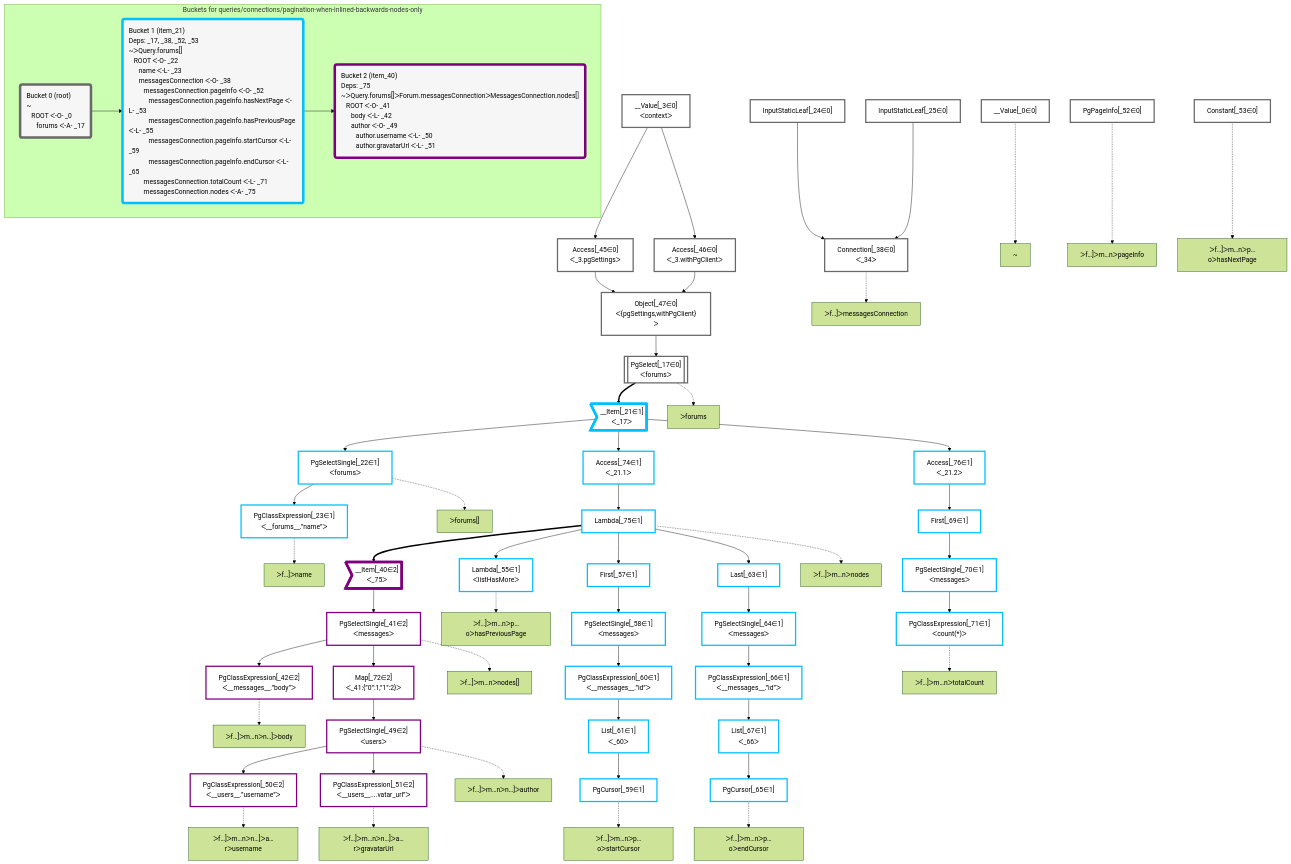
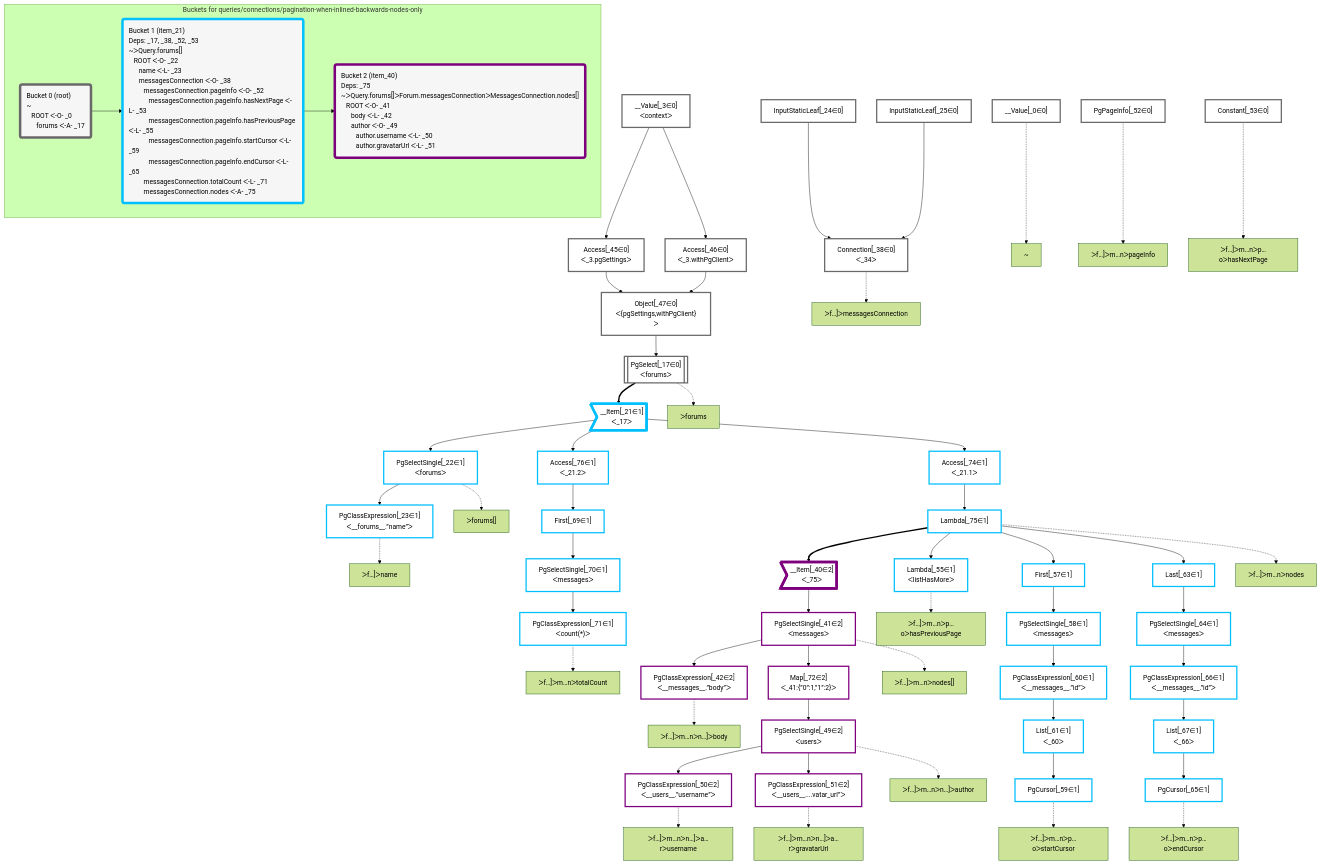
The diagram in packages/dataplan-pg/__tests__/queries/connections/pagination-when-inlined-backwards-nodes-only.mermaid.md (graphile/crystal), drawn with Mermaid (forest theme) before and after one commit. The commit also changed other lines of this file and 195 other files, not shown here.

```diff
--- a/packages/dataplan-pg/__tests__/queries/connections/pagination-when-inlined-backwards-nodes-only.mermaid.md
+++ b/packages/dataplan-pg/__tests__/queries/connections/pagination-when-inlined-backwards-nodes-only.mermaid.md
@@ -9,77 +9,77 @@
 
     %% define plans
     __Value_0["__Value[_0∈0]"]:::plan
+    PgClassExpression_23["PgClassExpression[_23∈1]<br />ᐸ__forums__.”name”ᐳ"]:::plan
+    PgSelectSingle_22["PgSelectSingle[_22∈1]<br />ᐸforumsᐳ"]:::plan
+    PgClassExpression_71["PgClassExpression[_71∈1]<br />ᐸcount(*)ᐳ"]:::plan
+    PgSelectSingle_70["PgSelectSingle[_70∈1]<br />ᐸmessagesᐳ"]:::plan
+    First_69["First[_69∈1]"]:::plan
+    Access_76["Access[_76∈1]<br />ᐸ_21.2ᐳ"]:::plan
+    PgClassExpression_42["PgClassExpression[_42∈2]<br />ᐸ__messages__.”body”ᐳ"]:::plan
+    PgClassExpression_50["PgClassExpression[_50∈2]<br />ᐸ__users__.”username”ᐳ"]:::plan
+    PgClassExpression_51["PgClassExpression[_51∈2]<br />ᐸ__users__....vatar_url”ᐳ"]:::plan
+    PgSelectSingle_49["PgSelectSingle[_49∈2]<br />ᐸusersᐳ"]:::plan
+    Map_72["Map[_72∈2]<br />ᐸ_41:{”0”:1,”1”:2}ᐳ"]:::plan
+    PgSelectSingle_41["PgSelectSingle[_41∈2]<br />ᐸmessagesᐳ"]:::plan
+    __Item_40>"__Item[_40∈2]<br />ᐸ_75ᐳ"]:::itemplan
+    Lambda_55["Lambda[_55∈1]<br />ᐸlistHasMoreᐳ"]:::plan
+    PgCursor_59["PgCursor[_59∈1]"]:::plan
+    List_61["List[_61∈1]<br />ᐸ_60ᐳ"]:::plan
+    PgClassExpression_60["PgClassExpression[_60∈1]<br />ᐸ__messages__.”id”ᐳ"]:::plan
+    PgSelectSingle_58["PgSelectSingle[_58∈1]<br />ᐸmessagesᐳ"]:::plan
+    First_57["First[_57∈1]"]:::plan
+    PgCursor_65["PgCursor[_65∈1]"]:::plan
+    List_67["List[_67∈1]<br />ᐸ_66ᐳ"]:::plan
+    PgClassExpression_66["PgClassExpression[_66∈1]<br />ᐸ__messages__.”id”ᐳ"]:::plan
+    PgSelectSingle_64["PgSelectSingle[_64∈1]<br />ᐸmessagesᐳ"]:::plan
+    Last_63["Last[_63∈1]"]:::plan
+    Lambda_75["Lambda[_75∈1]"]:::plan
+    Access_74["Access[_74∈1]<br />ᐸ_21.1ᐳ"]:::plan
+    __Item_21>"__Item[_21∈1]<br />ᐸ_17ᐳ"]:::itemplan
+    PgSelect_17[["PgSelect[_17∈0]<br />ᐸforumsᐳ"]]:::plan
+    Object_47["Object[_47∈0]<br />ᐸ{pgSettings,withPgClient}ᐳ"]:::plan
+    Access_45["Access[_45∈0]<br />ᐸ_3.pgSettingsᐳ"]:::plan
+    Access_46["Access[_46∈0]<br />ᐸ_3.withPgClientᐳ"]:::plan
     __Value_3["__Value[_3∈0]<br />ᐸcontextᐳ"]:::plan
-    PgSelect_17[["PgSelect[_17∈0]<br />ᐸforumsᐳ"]]:::plan
-    __Item_21>"__Item[_21∈1]<br />ᐸ_17ᐳ"]:::itemplan
-    PgSelectSingle_22["PgSelectSingle[_22∈1]<br />ᐸforumsᐳ"]:::plan
-    PgClassExpression_23["PgClassExpression[_23∈1]<br />ᐸ__forums__.”name”ᐳ"]:::plan
+    Connection_38["Connection[_38∈0]<br />ᐸ_34ᐳ"]:::plan
     InputStaticLeaf_24["InputStaticLeaf[_24∈0]"]:::plan
     InputStaticLeaf_25["InputStaticLeaf[_25∈0]"]:::plan
-    Connection_38["Connection[_38∈0]<br />ᐸ_34ᐳ"]:::plan
-    __Item_40>"__Item[_40∈2]<br />ᐸ_75ᐳ"]:::itemplan
-    PgSelectSingle_41["PgSelectSingle[_41∈2]<br />ᐸmessagesᐳ"]:::plan
-    PgClassExpression_42["PgClassExpression[_42∈2]<br />ᐸ__messages__.”body”ᐳ"]:::plan
-    Access_45["Access[_45∈0]<br />ᐸ_3.pgSettingsᐳ"]:::plan
-    Access_46["Access[_46∈0]<br />ᐸ_3.withPgClientᐳ"]:::plan
-    Object_47["Object[_47∈0]<br />ᐸ{pgSettings,withPgClient}ᐳ"]:::plan
-    PgSelectSingle_49["PgSelectSingle[_49∈2]<br />ᐸusersᐳ"]:::plan
-    PgClassExpression_50["PgClassExpression[_50∈2]<br />ᐸ__users__.”username”ᐳ"]:::plan
-    PgClassExpression_51["PgClassExpression[_51∈2]<br />ᐸ__users__....vatar_url”ᐳ"]:::plan
     PgPageInfo_52["PgPageInfo[_52∈0]"]:::plan
     Constant_53["Constant[_53∈0]"]:::plan
-    Lambda_55["Lambda[_55∈1]<br />ᐸlistHasMoreᐳ"]:::plan
-    First_57["First[_57∈1]"]:::plan
-    PgSelectSingle_58["PgSelectSingle[_58∈1]<br />ᐸmessagesᐳ"]:::plan
-    PgCursor_59["PgCursor[_59∈1]"]:::plan
-    PgClassExpression_60["PgClassExpression[_60∈1]<br />ᐸ__messages__.”id”ᐳ"]:::plan
-    List_61["List[_61∈1]<br />ᐸ_60ᐳ"]:::plan
-    Last_63["Last[_63∈1]"]:::plan
-    PgSelectSingle_64["PgSelectSingle[_64∈1]<br />ᐸmessagesᐳ"]:::plan
-    PgCursor_65["PgCursor[_65∈1]"]:::plan
-    PgClassExpression_66["PgClassExpression[_66∈1]<br />ᐸ__messages__.”id”ᐳ"]:::plan
-    List_67["List[_67∈1]<br />ᐸ_66ᐳ"]:::plan
-    First_69["First[_69∈1]"]:::plan
-    PgSelectSingle_70["PgSelectSingle[_70∈1]<br />ᐸmessagesᐳ"]:::plan
-    PgClassExpression_71["PgClassExpression[_71∈1]<br />ᐸcount(*)ᐳ"]:::plan
-    Map_72["Map[_72∈2]<br />ᐸ_41:{”0”:1,”1”:2}ᐳ"]:::plan
-    Access_74["Access[_74∈1]<br />ᐸ_21.1ᐳ"]:::plan
-    Lambda_75["Lambda[_75∈1]"]:::plan
-    Access_76["Access[_76∈1]<br />ᐸ_21.2ᐳ"]:::plan
 
     %% plan dependencies
+    PgSelectSingle_22 --> PgClassExpression_23
+    __Item_21 --> PgSelectSingle_22
+    PgSelectSingle_70 --> PgClassExpression_71
+    First_69 --> PgSelectSingle_70
+    Access_76 --> First_69
+    __Item_21 --> Access_76
+    PgSelectSingle_41 --> PgClassExpression_42
+    PgSelectSingle_49 --> PgClassExpression_50
+    PgSelectSingle_49 --> PgClassExpression_51
+    Map_72 --> PgSelectSingle_49
+    PgSelectSingle_41 --> Map_72
+    __Item_40 --> PgSelectSingle_41
+    Lambda_75 ==> __Item_40
+    Lambda_75 --> Lambda_55
+    List_61 --> PgCursor_59
+    PgClassExpression_60 --> List_61
+    PgSelectSingle_58 --> PgClassExpression_60
+    First_57 --> PgSelectSingle_58
+    Lambda_75 --> First_57
+    List_67 --> PgCursor_65
+    PgClassExpression_66 --> List_67
+    PgSelectSingle_64 --> PgClassExpression_66
+    Last_63 --> PgSelectSingle_64
+    Lambda_75 --> Last_63
+    Access_74 --> Lambda_75
+    __Item_21 --> Access_74
+    PgSelect_17 ==> __Item_21
     Object_47 --> PgSelect_17
-    PgSelect_17 ==> __Item_21
-    __Item_21 --> PgSelectSingle_22
-    PgSelectSingle_22 --> PgClassExpression_23
-    InputStaticLeaf_24 & InputStaticLeaf_25 --> Connection_38
-    Lambda_75 ==> __Item_40
-    __Item_40 --> PgSelectSingle_41
-    PgSelectSingle_41 --> PgClassExpression_42
+    Access_45 & Access_46 --> Object_47
     __Value_3 --> Access_45
     __Value_3 --> Access_46
-    Access_45 & Access_46 --> Object_47
-    Map_72 --> PgSelectSingle_49
-    PgSelectSingle_49 --> PgClassExpression_50
-    PgSelectSingle_49 --> PgClassExpression_51
-    Lambda_75 --> Lambda_55
-    Lambda_75 --> First_57
-    First_57 --> PgSelectSingle_58
-    List_61 --> PgCursor_59
-    PgSelectSingle_58 --> PgClassExpression_60
-    PgClassExpression_60 --> List_61
-    Lambda_75 --> Last_63
-    Last_63 --> PgSelectSingle_64
-    List_67 --> PgCursor_65
-    PgSelectSingle_64 --> PgClassExpression_66
-    PgClassExpression_66 --> List_67
-    Access_76 --> First_69
-    First_69 --> PgSelectSingle_70
-    PgSelectSingle_70 --> PgClassExpression_71
-    PgSelectSingle_41 --> Map_72
-    __Item_21 --> Access_74
-    Access_74 --> Lambda_75
-    __Item_21 --> Access_76
+    InputStaticLeaf_24 & InputStaticLeaf_25 --> Connection_38
 
     %% plan-to-path relationships
     P_0["~"]
```
